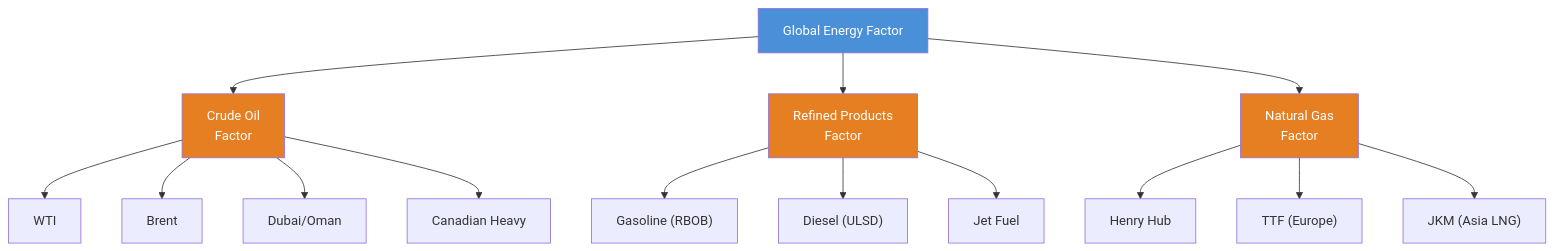
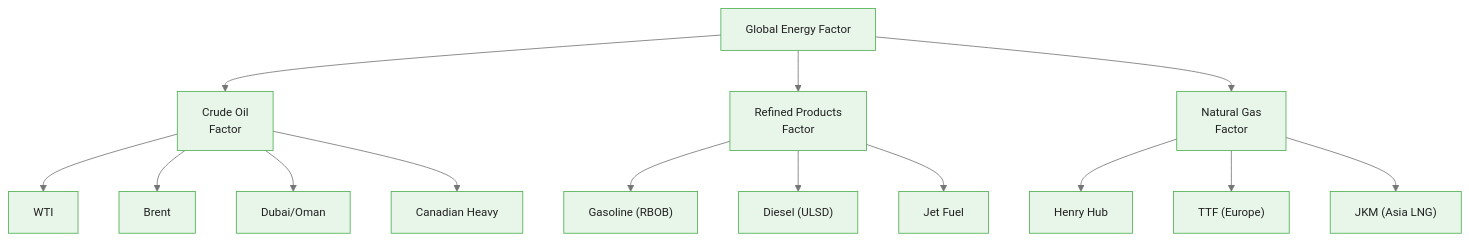
The first of 3 diagrams in courses/bayesian-commodity-forecasting/modules/module_04_hierarchical/guides/02_energy_complex_slides.md (m-deane/course-creator), drawn with Mermaid before and after one commit. The commit also changed other lines of this file and 104 other files, not shown here.

````diff
--- a/courses/bayesian-commodity-forecasting/modules/module_04_hierarchical/guides/02_energy_complex_slides.md
+++ b/courses/bayesian-commodity-forecasting/modules/module_04_hierarchical/guides/02_energy_complex_slides.md
@@ -28,20 +32,17 @@
 ```mermaid
+%%{init: {"theme": "base", "themeVariables": {"primaryColor": "#e8f5e9", "primaryBorderColor": "#4caf50", "primaryTextColor": "#212121", "secondaryColor": "#e3f2fd", "tertiaryColor": "#fff8e1", "lineColor": "#757575", "fontFamily": "Inter, sans-serif", "fontSize": "14px"}}}%%
 flowchart TD
     GEF["Global Energy Factor"] --> COF["Crude Oil\nFactor"]
     GEF --> RPF["Refined Products\nFactor"]
     GEF --> NGF["Natural Gas\nFactor"]
     COF --> WTI["WTI"]
     COF --> BRT["Brent"]
     COF --> DUB["Dubai/Oman"]
     COF --> CAN["Canadian Heavy"]
     RPF --> GAS["Gasoline (RBOB)"]
     RPF --> DSL["Diesel (ULSD)"]
     RPF --> JET["Jet Fuel"]
     NGF --> HH["Henry Hub"]
     NGF --> TTF["TTF (Europe)"]
     NGF --> JKM["JKM (Asia LNG)"]
-    style GEF fill:#4a90d9,color:#fff
-    style COF fill:#e67e22,color:#fff
-    style RPF fill:#e67e22,color:#fff
-    style NGF fill:#e67e22,color:#fff
 ```
````
